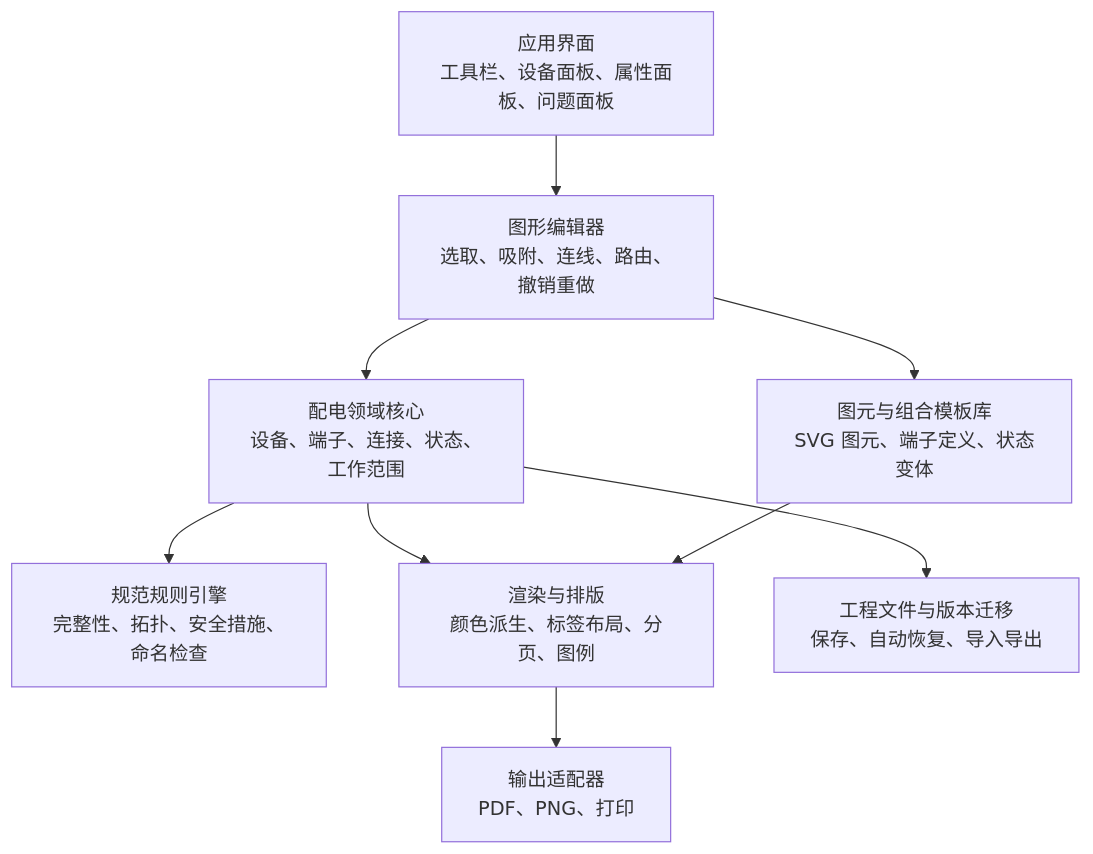
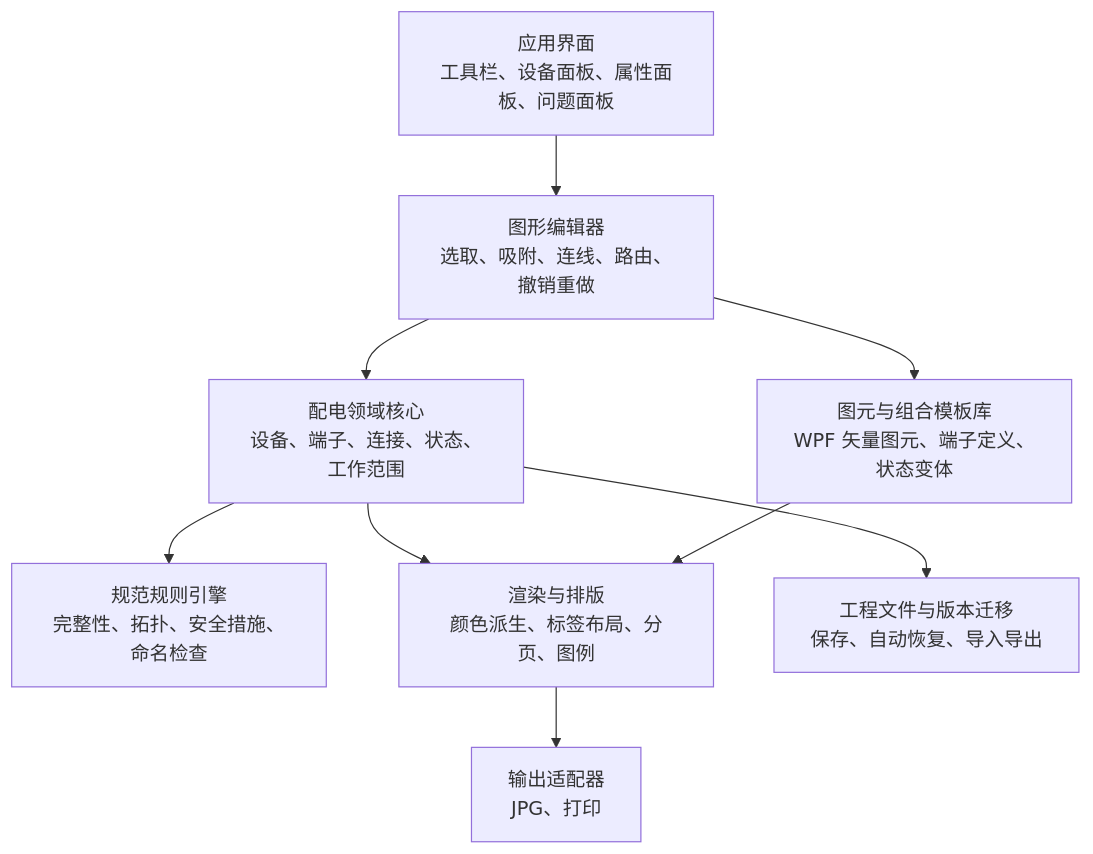
The diagram in docs/architecture.md (DamoclesJ/10kV-Distribution-Drawing), drawn with Mermaid before and after one commit. The commit also changed other lines of this file and 3 other files, not shown here.

````diff
--- a/docs/architecture.md
+++ b/docs/architecture.md
@@ -116,20 +115,20 @@
 ```mermaid
 flowchart TB
     UI["应用界面<br/>工具栏、设备面板、属性面板、问题面板"]
     Editor["图形编辑器<br/>选取、吸附、连线、路由、撤销重做"]
     Domain["配电领域核心<br/>设备、端子、连接、状态、工作范围"]
     Rules["规范规则引擎<br/>完整性、拓扑、安全措施、命名检查"]
-    Symbols["图元与组合模板库<br/>SVG 图元、端子定义、状态变体"]
+    Symbols["图元与组合模板库<br/>WPF 矢量图元、端子定义、状态变体"]
     Render["渲染与排版<br/>颜色派生、标签布局、分页、图例"]
     Store["工程文件与版本迁移<br/>保存、自动恢复、导入导出"]
-    Export["输出适配器<br/>PDF、PNG、打印"]
+    Export["输出适配器<br/>JPG、打印"]
 
     UI --> Editor
     Editor --> Domain
     Editor --> Symbols
     Domain --> Rules
     Domain --> Render
     Symbols --> Render
     Domain --> Store
     Render --> Export
 ```
````
